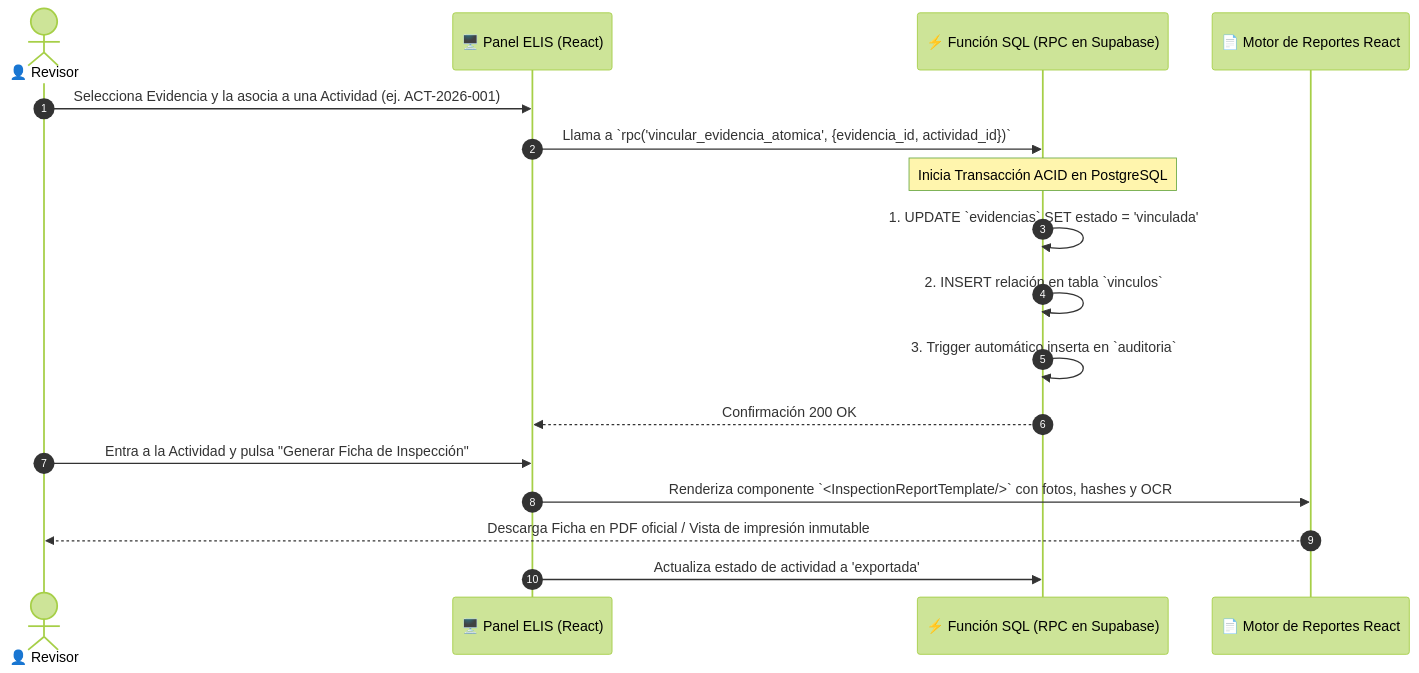
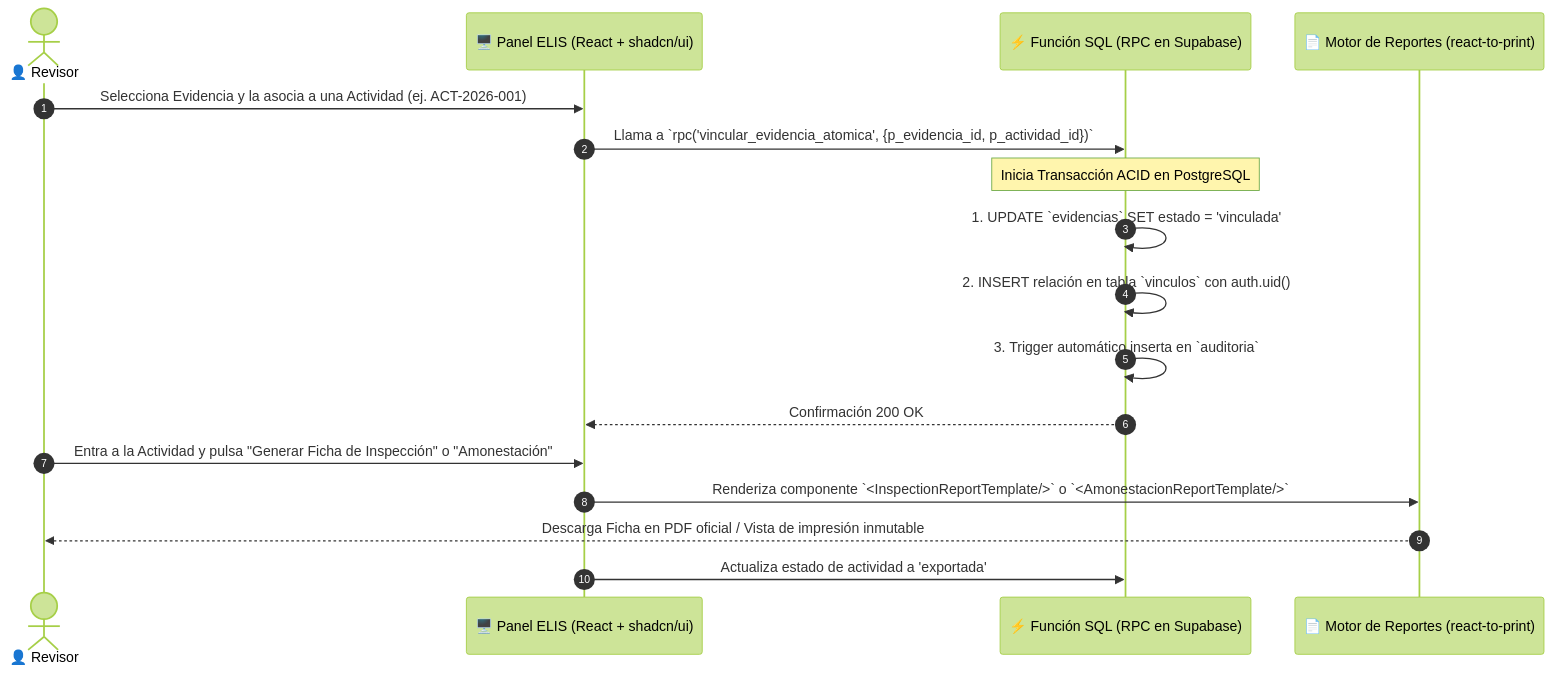
The fifth of 5 diagrams in ARQUITECTURA_Y_ESPECIFICACION_MODERNA.md (Tiburonchin/ELIS_5.vs2.2), drawn with Mermaid (forest theme) before and after one commit. The commit also changed other lines of this file and 25 other files, not shown here.

````diff
--- a/ARQUITECTURA_Y_ESPECIFICACION_MODERNA.md
+++ b/ARQUITECTURA_Y_ESPECIFICACION_MODERNA.md
@@ -470,21 +630,21 @@
 ```mermaid
 sequenceDiagram
     autonumber
     actor Revisor as 👤 Revisor
-    participant UI as 🖥️ Panel ELIS (React)
+    participant UI as 🖥️ Panel ELIS (React + shadcn/ui)
     participant RPC as ⚡ Función SQL (RPC en Supabase)
-    participant PDF as 📄 Motor de Reportes React
+    participant PDF as 📄 Motor de Reportes (react-to-print)
 
     Revisor->>UI: Selecciona Evidencia y la asocia a una Actividad (ej. ACT-2026-001)
-    UI->>RPC: Llama a `rpc('vincular_evidencia_atomica', {evidencia_id, actividad_id})`
+    UI->>RPC: Llama a `rpc('vincular_evidencia_atomica', {p_evidencia_id, p_actividad_id})`
     Note over RPC: Inicia Transacción ACID en PostgreSQL
     RPC->>RPC: 1. UPDATE `evidencias` SET estado = 'vinculada'
-    RPC->>RPC: 2. INSERT relación en tabla `vinculos`
+    RPC->>RPC: 2. INSERT relación en tabla `vinculos` con auth.uid()
     RPC->>RPC: 3. Trigger automático inserta en `auditoria`
     RPC-->>UI: Confirmación 200 OK
     
-    Revisor->>UI: Entra a la Actividad y pulsa "Generar Ficha de Inspección"
-    UI->>PDF: Renderiza componente `<InspectionReportTemplate/>` con fotos, hashes y OCR
+    Revisor->>UI: Entra a la Actividad y pulsa "Generar Ficha de Inspección" o "Amonestación"
+    UI->>PDF: Renderiza componente `<InspectionReportTemplate/>` o `<AmonestacionReportTemplate/>`
     PDF-->>Revisor: Descarga Ficha en PDF oficial / Vista de impresión inmutable
     UI->>RPC: Actualiza estado de actividad a 'exportada'
 ```
````
